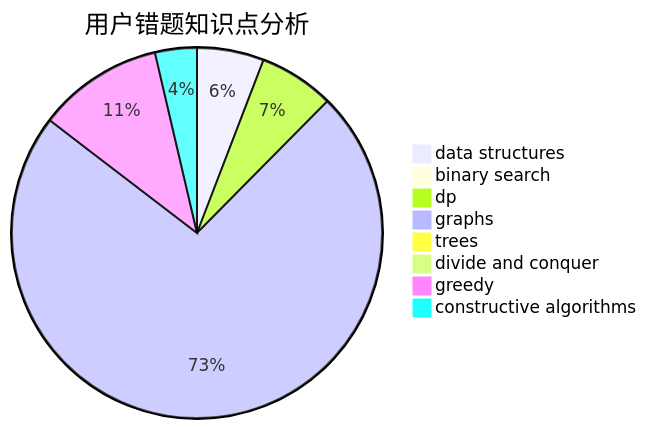
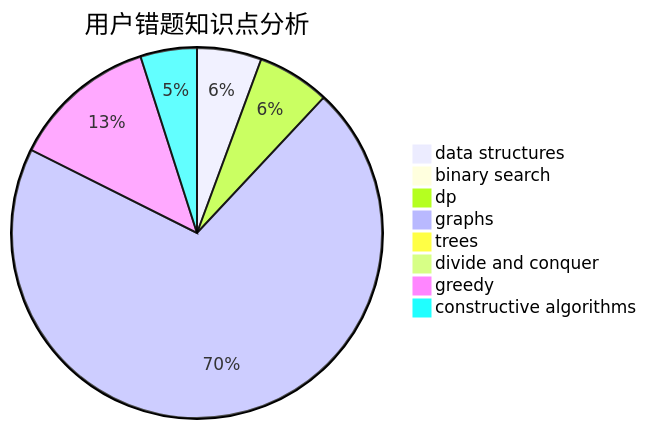
The third of 3 diagrams in docs/user/u2457.md (sherpahu/cfrs.github.io), drawn with Mermaid before and after one commit. The commit also changed other lines of this file and 2770 other files, not shown here.

````diff
--- a/docs/user/u2457.md
+++ b/docs/user/u2457.md
@@ -36,11 +36,11 @@
 ```mermaid
 pie title 用户错题知识点分析
     "data structures" :  8
     "binary search" :  0
     "dp" :  9
     "graphs" :  100
     "trees" :  0
     "divide and conquer" :  0
-    "greedy" :  15
-    "constructive algorithms" :  5
+    "greedy" :  18
+    "constructive algorithms" :  7
 ```
````
